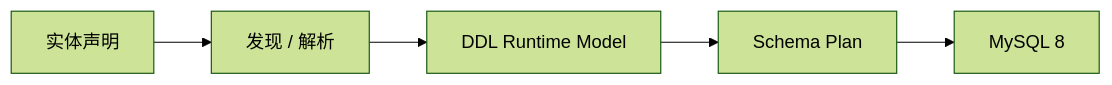
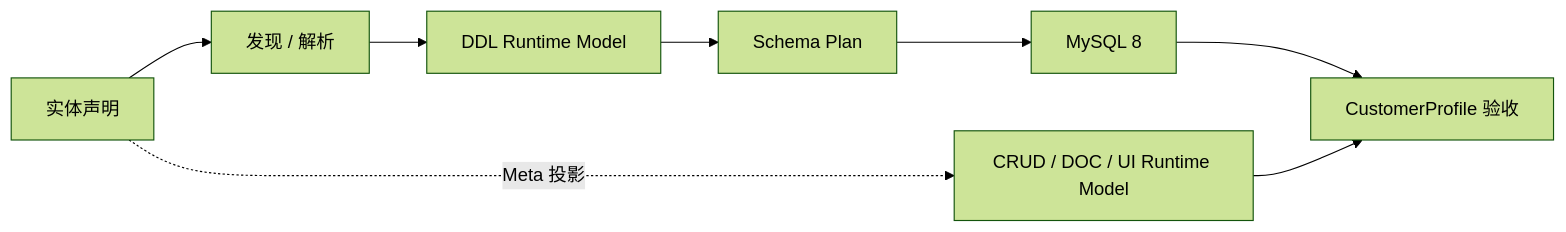
One commit to ent-loom/ent-loom changed the diagram in docs/domains/ddl/index.md. Above: the diagram before and after it, drawn with Mermaid (forest theme). The commit also changed other lines of this file and 13 other files, not shown here.

Commit message:
feat(ddl): complete E5 entity acceptance

````diff
--- a/docs/domains/ddl/index.md
+++ b/docs/domains/ddl/index.md
@@ -15,7 +17,10 @@
 ```mermaid
 flowchart LR
     entity["实体声明"] --> discover["发现 / 解析"]
     discover --> model["DDL Runtime Model"]
     model --> plan["Schema Plan"]
     plan --> mysql["MySQL 8"]
+    entity -. "Meta 投影" .-> runtime["CRUD / DOC / UI Runtime Model"]
+    mysql --> acceptance["CustomerProfile 验收"]
+    runtime --> acceptance
 ```
````
